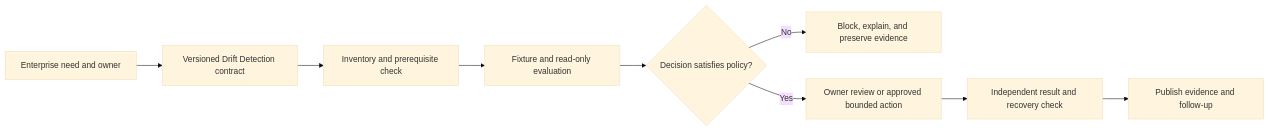
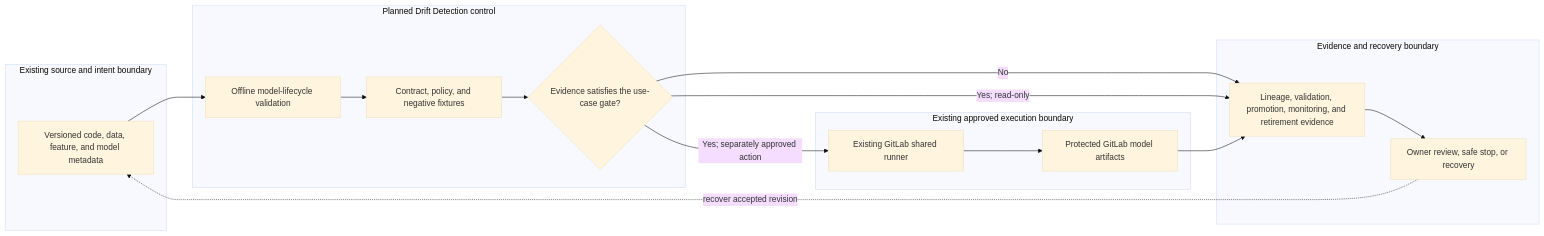
The diagram in docs/use-cases/mlops/UC-MLOPS-009-drift-detection.md (MIDHTECH/enterprise-architecture-docs), drawn with Mermaid (base theme) before and after one commit. The commit also changed other lines of this file and 227 other files, not shown here.

Commit message:
Deepen architecture for all use case designs

````diff
--- a/docs/use-cases/mlops/UC-MLOPS-009-drift-detection.md
+++ b/docs/use-cases/mlops/UC-MLOPS-009-drift-detection.md
@@ -136,11 +129,25 @@
 ```mermaid
 flowchart LR
-    Need["Enterprise need and owner"] --> Contract["Versioned Drift Detection contract"]
-    Contract --> Preflight["Inventory and prerequisite check"]
-    Preflight --> Evaluate["Fixture and read-only evaluation"]
-    Evaluate --> Decision{"Decision satisfies policy?"}
-    Decision -->|No| Stop["Block, explain, and preserve evidence"]
-    Decision -->|Yes| Review["Owner review or approved bounded action"]
-    Review --> Verify["Independent result and recovery check"]
-    Verify --> Publish["Publish evidence and follow-up"]
+    subgraph Source["Existing source and intent boundary"]
+        A["Versioned code, data, feature, and model metadata"]
+    end
+    subgraph Planned["Planned Drift Detection control"]
+        B["Offline model-lifecycle validation"]
+        C["Contract, policy, and negative fixtures"]
+        D{"Evidence satisfies the use-case gate?"}
+    end
+    subgraph Runtime["Existing approved execution boundary"]
+        E["Existing GitLab shared runner"]
+        F["Protected GitLab model artifacts"]
+    end
+    subgraph Assurance["Evidence and recovery boundary"]
+        G["Lineage, validation, promotion, monitoring, and retirement evidence"]
+        H["Owner review, safe stop, or recovery"]
+    end
+
+    A --> B --> C --> D
+    D -->|No| G --> H
+    D -->|Yes; read-only| G
+    D -->|Yes; separately approved action| E --> F --> G
+    H -. recover accepted revision .-> A
 ```
````
